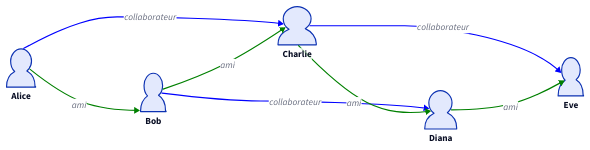
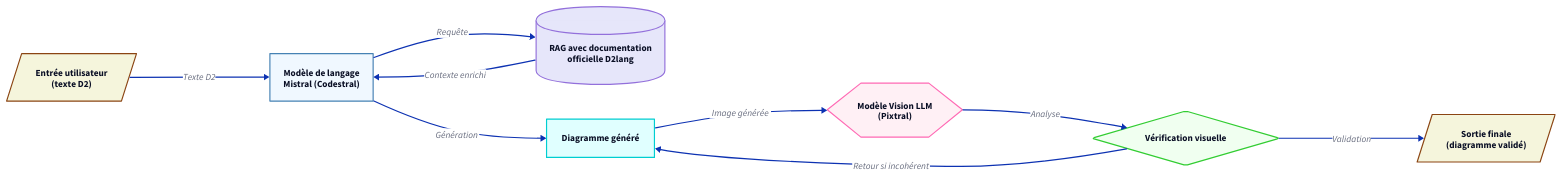
One commit to Ibne29/d2lang-vision-llm changed the diagram in out/diagram_iter4.d2. Above: the diagram before and after it, drawn with D2. The commit also changed 17 other files, not shown here.

```diff
--- a/out/diagram_iter4.d2
+++ b/out/diagram_iter4.d2
@@ -1,82 +1,90 @@
 direction: right
 
-Alice: {
-  shape: person
-  label: Alice
-}
+# Pipeline de génération de diagrammes D2
 
-Bob: {
-  shape: person
-  label: Bob
-}
-
-Charlie: {
-  shape: person
-  label: Charlie
-}
-
-Diana: {
-  shape: person
-  label: Diana
-}
-
-Eve: {
-  shape: person
-  label: Eve
-}
-
-Alice -> Bob: {
-  label: ami
+## Modèle de langage Mistral (Codestral)
+codestral: {
+  shape: rectangle
+  label: "Modèle de langage\nMistral (Codestral)"
   style: {
-    stroke: green
+    fill: "#f0f8ff"
+    stroke: "#4682b4"
     stroke-width: 2
   }
 }
 
-Alice -> Charlie: {
-  label: collaborateur
+## RAG avec documentation officielle D2lang
+rag: {
+  shape: cylinder
+  label: "RAG avec documentation\nofficielle D2lang"
   style: {
-    stroke: blue
+    fill: "#e6e6fa"
+    stroke: "#9370db"
     stroke-width: 2
   }
 }
 
-Bob -> Charlie: {
-  label: ami
+## Modèle Vision LLM (Pixtral)
+pixtral: {
+  shape: hexagon
+  label: "Modèle Vision LLM\n(Pixtral)"
   style: {
-    stroke: green
+    fill: "#fff0f5"
+    stroke: "#ff69b4"
     stroke-width: 2
   }
 }
 
-Bob -> Diana: {
-  label: collaborateur
+## Entrée utilisateur
+entree: {
+  shape: parallelogram
+  label: "Entrée utilisateur\n(texte D2)"
   style: {
-    stroke: blue
+    fill: "#f5f5dc"
+    stroke: "#8b4513"
     stroke-width: 2
   }
 }
 
-Charlie -> Diana: {
-  label: ami
+## Diagramme généré
+diagramme: {
+  shape: rectangle
+  label: "Diagramme généré"
   style: {
-    stroke: green
+    fill: "#e0ffff"
+    stroke: "#00ced1"
     stroke-width: 2
   }
 }
 
-Charlie -> Eve: {
-  label: collaborateur
+## Vérification visuelle
+verification: {
+  shape: diamond
+  label: "Vérification visuelle"
   style: {
-    stroke: blue
+    fill: "#f0fff0"
+    stroke: "#32cd32"
     stroke-width: 2
   }
 }
 
-Diana -> Eve: {
-  label: ami
+## Sortie finale
+sortie: {
+  shape: parallelogram
+  label: "Sortie finale\n(diagramme validé)"
   style: {
-    stroke: green
+    fill: "#f5f5dc"
+    stroke: "#8b4513"
     stroke-width: 2
   }
 }
+
+# Connexions
+entree -> codestral: "Texte D2"
+codestral -> rag: "Requête"
+rag -> codestral: "Contexte enrichi"
+codestral -> diagramme: "Génération"
+diagramme -> pixtral: "Image générée"
+pixtral -> verification: "Analyse"
+verification -> diagramme: "Retour si incohérent"
+verification -> sortie: "Validation"
```
